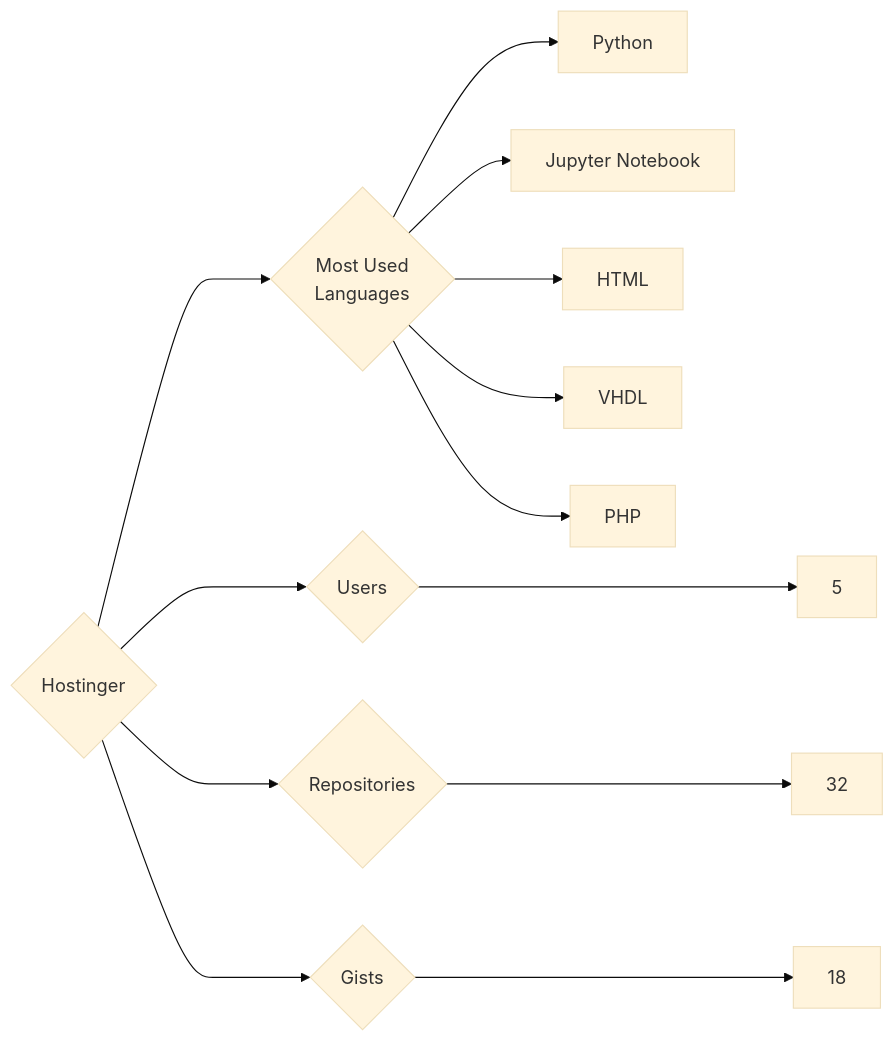
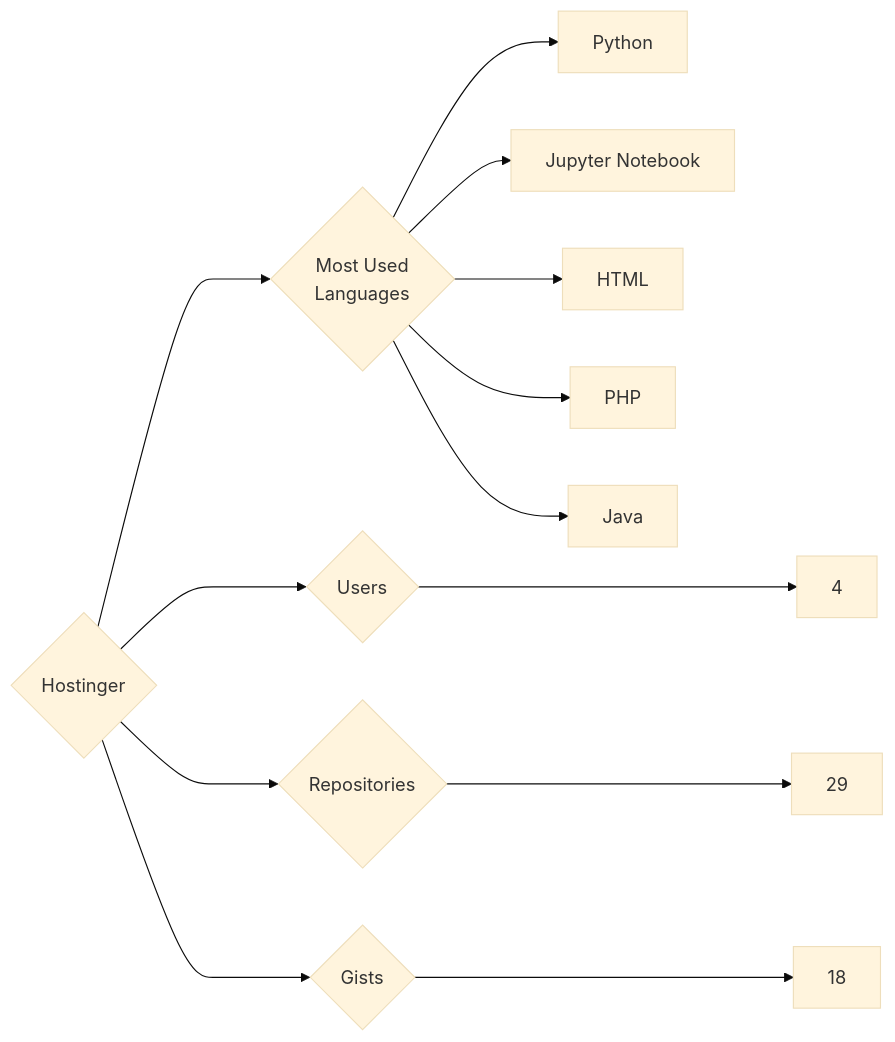
The diagram in targets/Hostinger/README.md (trickest/insiders), drawn with Mermaid (base theme) before and after one commit. The commit also changed 1055 other files, not shown here.

````diff
--- a/targets/Hostinger/README.md
+++ b/targets/Hostinger/README.md
@@ -3,13 +3,13 @@
 ```mermaid
 graph LR
 COMPANY_NAME{Hostinger}
-COMPANY_NAME ---> U{Users} ---> UN[5]
-COMPANY_NAME ---> R{Repositories} ---> RN[32]
+COMPANY_NAME ---> U{Users} ---> UN[4]
+COMPANY_NAME ---> R{Repositories} ---> RN[29]
 COMPANY_NAME ---> G{Gists} ---> GN[18]
 COMPANY_NAME ---> ML{Most Used<br>Languages}
 ML --> Python[Python]
 ML --> Jupyter_Notebook[Jupyter Notebook]
 ML --> HTML[HTML]
-ML --> VHDL[VHDL]
 ML --> PHP[PHP]
+ML --> Java[Java]
 ```
````
